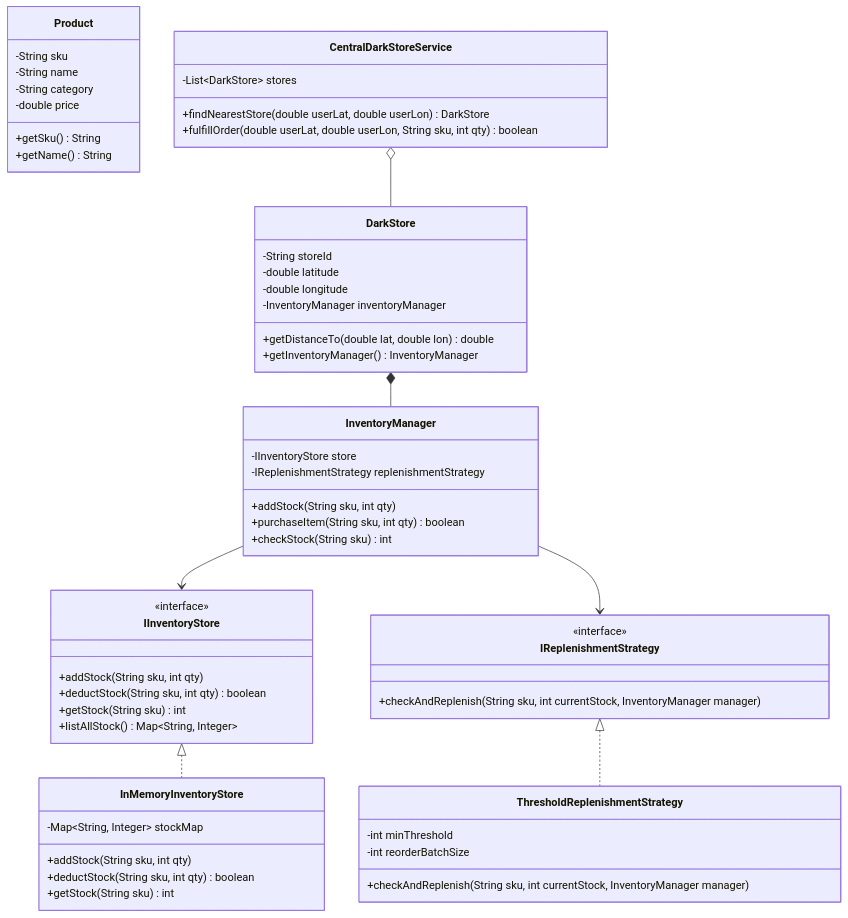
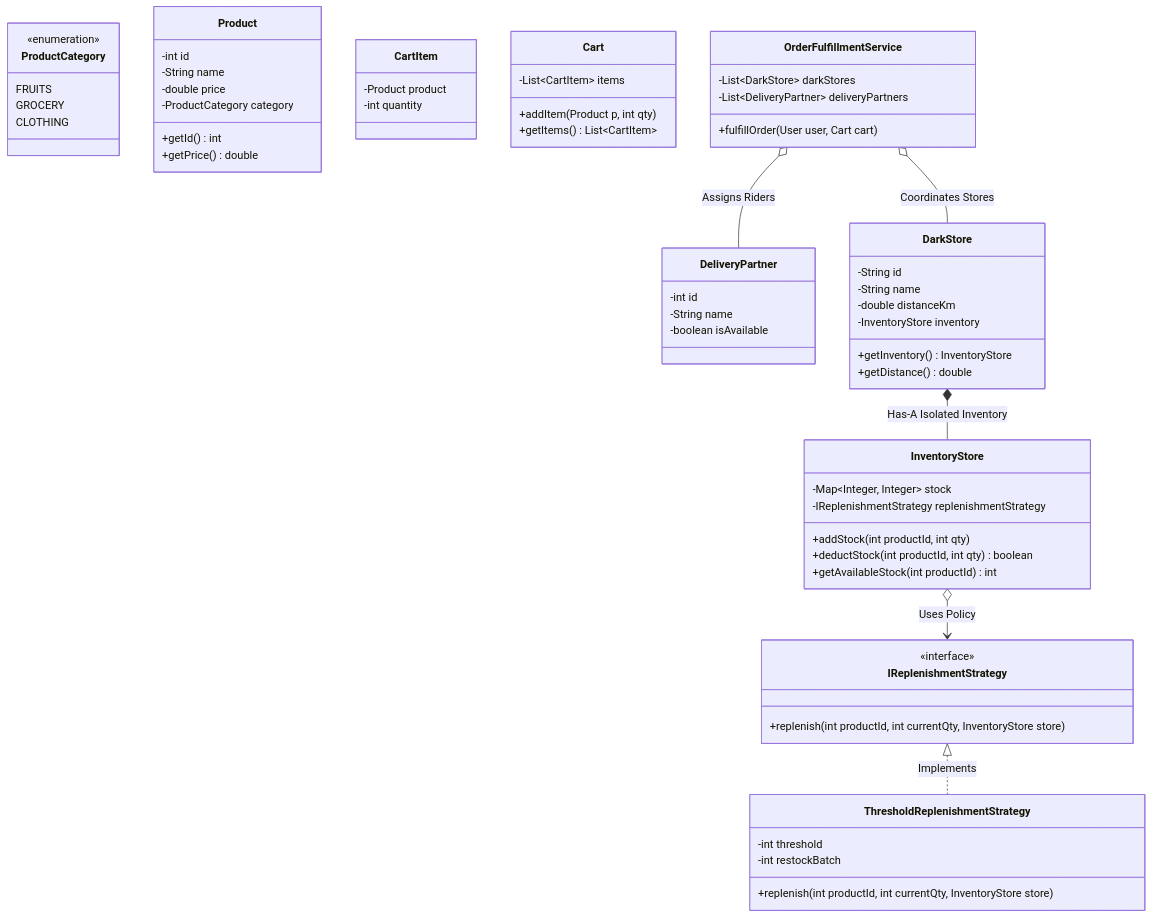
One commit to rohithgowda18/Notes changed the second of 2 diagrams in 04-OOPs-and-Design-Patterns/04-LLD-Case-Studies/26-Build-Zepto-Inventory-Management.md. Above: the diagram before and after it, drawn with Mermaid. The commit also changed other lines of this file and 30 other files, not shown here.

````diff
--- a/04-OOPs-and-Design-Patterns/04-LLD-Case-Studies/26-Build-Zepto-Inventory-Management.md
+++ b/04-OOPs-and-Design-Patterns/04-LLD-Case-Studies/26-Build-Zepto-Inventory-Management.md
@@ -35,66 +74,75 @@
 ```mermaid
 classDiagram
-    class Product {
-        -String sku
-        -String name
-        -String category
-        -double price
-        +getSku() String
-        +getName() String
+    class ProductCategory {
+        <<enumeration>>
+        FRUITS
+        GROCERY
+        CLOTHING
     }
 
-    class IInventoryStore {
-        <<interface>>
-        +addStock(String sku, int qty)
-        +deductStock(String sku, int qty) boolean
-        +getStock(String sku) int
-        +listAllStock() Map~String, Integer~
+    class Product {
+        -int id
+        -String name
+        -double price
+        -ProductCategory category
+        +getId() int
+        +getPrice() double
     }
 
-    class InMemoryInventoryStore {
-        -Map~String, Integer~ stockMap
-        +addStock(String sku, int qty)
-        +deductStock(String sku, int qty) boolean
-        +getStock(String sku) int
+    class CartItem {
+        -Product product
+        -int quantity
     }
-    IInventoryStore <|.. InMemoryInventoryStore
+
+    class Cart {
+        -List~CartItem~ items
+        +addItem(Product p, int qty)
+        +getItems() List~CartItem~
+    }
 
     class IReplenishmentStrategy {
         <<interface>>
-        +checkAndReplenish(String sku, int currentStock, InventoryManager manager)
+        +replenish(int productId, int currentQty, InventoryStore store)
     }
+
     class ThresholdReplenishmentStrategy {
-        -int minThreshold
-        -int reorderBatchSize
-        +checkAndReplenish(String sku, int currentStock, InventoryManager manager)
+        -int threshold
+        -int restockBatch
+        +replenish(int productId, int currentQty, InventoryStore store)
     }
-    IReplenishmentStrategy <|.. ThresholdReplenishmentStrategy
 
-    class InventoryManager {
-        -IInventoryStore store
+    class InventoryStore {
+        -Map~Integer, Integer~ stock
         -IReplenishmentStrategy replenishmentStrategy
-        +addStock(String sku, int qty)
-        +purchaseItem(String sku, int qty) boolean
-        +checkStock(String sku) int
+        +addStock(int productId, int qty)
+        +deductStock(int productId, int qty) boolean
+        +getAvailableStock(int productId) int
+    }
+
+    class DeliveryPartner {
+        -int id
+        -String name
+        -boolean isAvailable
     }
 
     class DarkStore {
-        -String storeId
-        -double latitude
-        -double longitude
-        -InventoryManager inventoryManager
-        +getDistanceTo(double lat, double lon) double
-        +getInventoryManager() InventoryManager
+        -String id
+        -String name
+        -double distanceKm
+        -InventoryStore inventory
+        +getInventory() InventoryStore
+        +getDistance() double
     }
 
-    class CentralDarkStoreService {
-        -List~DarkStore~ stores
-        +findNearestStore(double userLat, double userLon) DarkStore
-        +fulfillOrder(double userLat, double userLon, String sku, int qty) boolean
+    class OrderFulfillmentService {
+        -List~DarkStore~ darkStores
+        -List~DeliveryPartner~ deliveryPartners
+        +fulfillOrder(User user, Cart cart)
     }
 
-    DarkStore *-- InventoryManager
-    InventoryManager --> IInventoryStore
-    InventoryManager --> IReplenishmentStrategy
-    CentralDarkStoreService o-- DarkStore
+    IReplenishmentStrategy <|.. ThresholdReplenishmentStrategy : Implements
+    InventoryStore o--> IReplenishmentStrategy : Uses Policy
+    DarkStore *-- InventoryStore : Has-A Isolated Inventory
+    OrderFulfillmentService o-- DarkStore : Coordinates Stores
+    OrderFulfillmentService o-- DeliveryPartner : Assigns Riders
 ```
````
